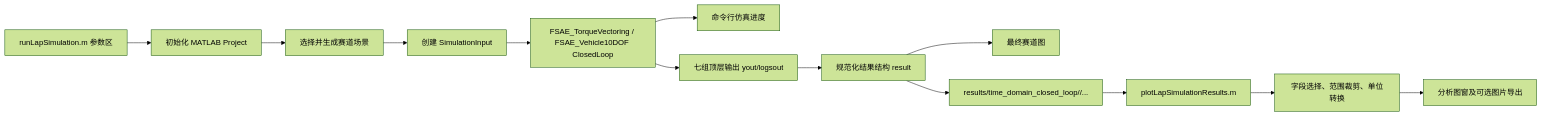
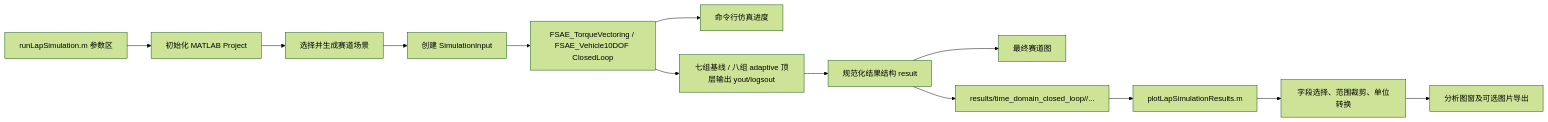
The diagram in simulation/time_domain_closed_loop/Lap_Simulation_Spec.md (sbrick2/FSAE_model), drawn with Mermaid (forest theme) before and after one commit. The commit also changed other lines of this file and 27 other files, not shown here.

````diff
--- a/simulation/time_domain_closed_loop/Lap_Simulation_Spec.md
+++ b/simulation/time_domain_closed_loop/Lap_Simulation_Spec.md
@@ -104,15 +113,15 @@
 ```mermaid
 flowchart LR
     A["runLapSimulation.m 参数区"] --> B["初始化 MATLAB Project"]
     B --> C["选择并生成赛道场景"]
     C --> D["创建 SimulationInput"]
     D --> E["FSAE_TorqueVectoring / FSAE_Vehicle10DOF ClosedLoop"]
     E --> F["命令行仿真进度"]
-    E --> G["七组顶层输出 yout/logsout"]
+    E --> G["七组基线 / 八组 adaptive 顶层输出 yout/logsout"]
     G --> H["规范化结果结构 result"]
     H --> M["最终赛道图"]
     H --> I["results/time_domain_closed_loop/<event>/..."]
     I --> J["plotLapSimulationResults.m"]
     J --> K["字段选择、范围裁剪、单位转换"]
     K --> L["分析图窗及可选图片导出"]
 ```
````
